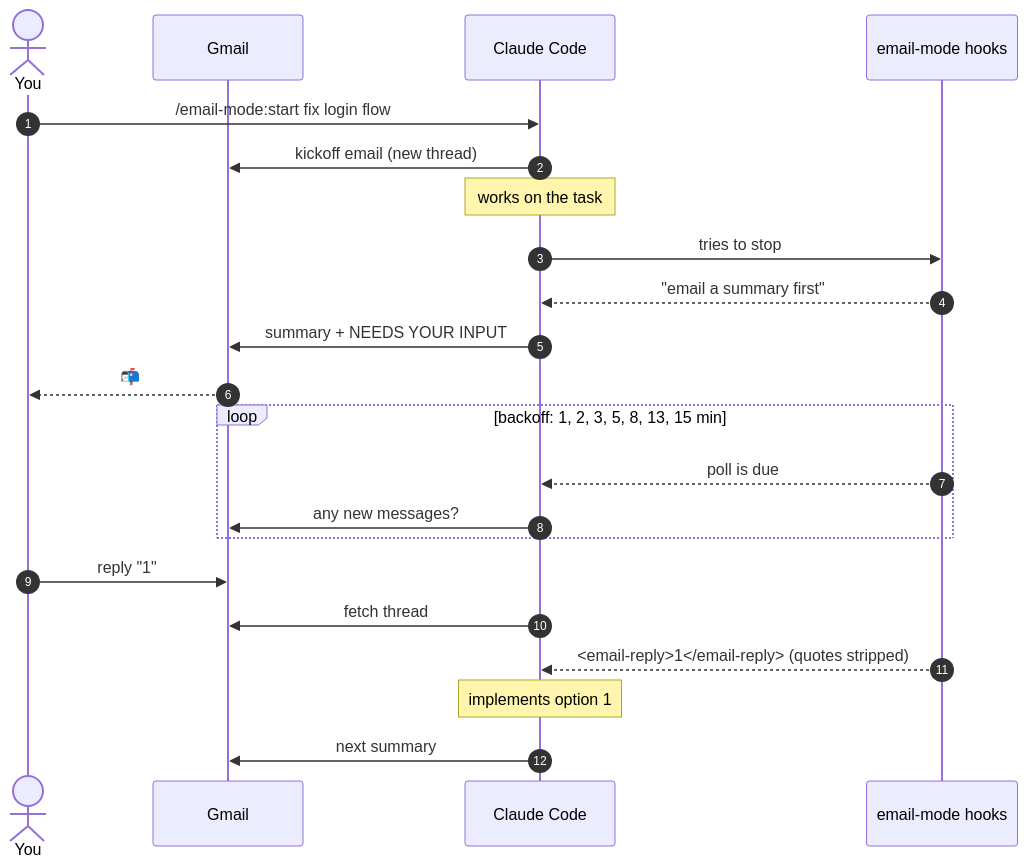
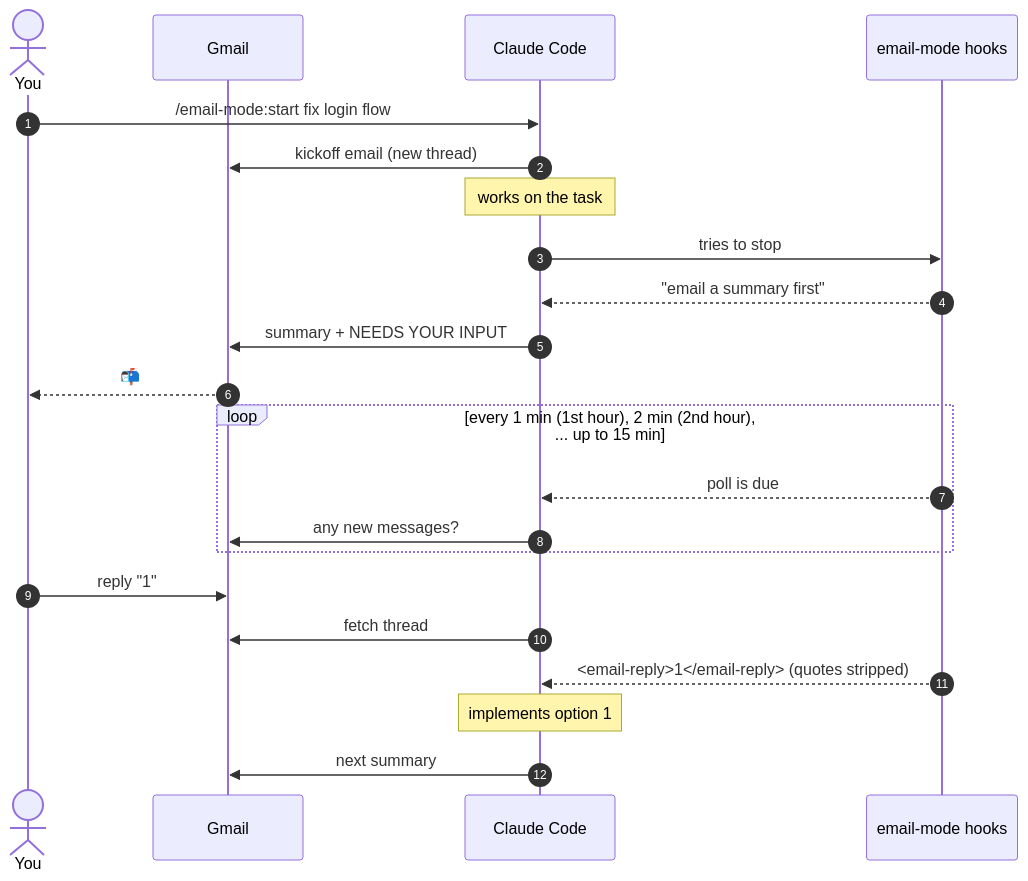
One commit to dazoulay/email-mode changed the diagram in README.md. Above: the diagram before and after it, drawn with Mermaid. The commit also changed other lines of this file and 5 other files, not shown here.

First line of the commit message:
Poll every minute for the first hour, then step down hourly (v0.3.0)

````diff
--- a/README.md
+++ b/README.md
@@ -142,25 +149,25 @@
 ```mermaid
 sequenceDiagram
     autonumber
     actor You
     participant Gmail
     participant Claude as Claude Code
     participant Hooks as email-mode hooks
 
     You->>Claude: /email-mode:start fix login flow
     Claude->>Gmail: kickoff email (new thread)
     Note over Claude: works on the task
     Claude->>Hooks: tries to stop
     Hooks-->>Claude: "email a summary first"
     Claude->>Gmail: summary + NEEDS YOUR INPUT
     Gmail-->>You: 📬
-    loop backoff: 1, 2, 3, 5, 8, 13, 15 min
+    loop every 1 min (1st hour), 2 min (2nd hour), ... up to 15 min
         Hooks-->>Claude: poll is due
         Claude->>Gmail: any new messages?
     end
     You->>Gmail: reply "1"
     Claude->>Gmail: fetch thread
     Hooks-->>Claude: <email-reply>1</email-reply> (quotes stripped)
     Note over Claude: implements option 1
     Claude->>Gmail: next summary
 ```
````
